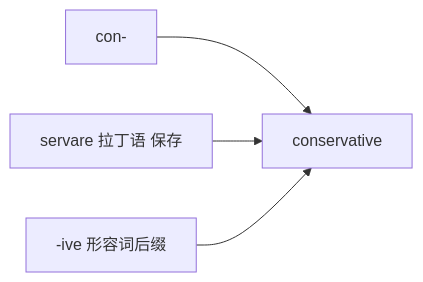
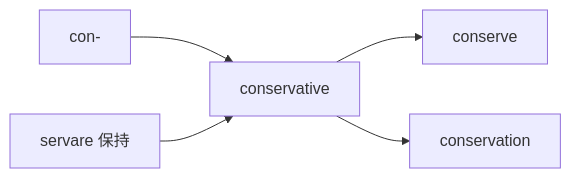
One commit to seki999/DialogueFlow changed the fourth of 5 diagrams in slides_backup/托业单词/20260630/06.md. Above: the diagram before and after it, drawn with Mermaid. The commit also changed other lines of this file and 28 other files, not shown here.

````diff
--- a/slides_backup/托业单词/20260630/06.md
+++ b/slides_backup/托业单词/20260630/06.md
@@ -123,6 +157,7 @@
 ```mermaid
 flowchart LR
     A[con-] --> D[conservative]
-    B[servare 拉丁语 保存] --> D
-    C[-ive 形容词后缀] --> D
+    B[servare 保持] --> D
+    D --> E[conserve]
+    D --> F[conservation]
 ```
````
